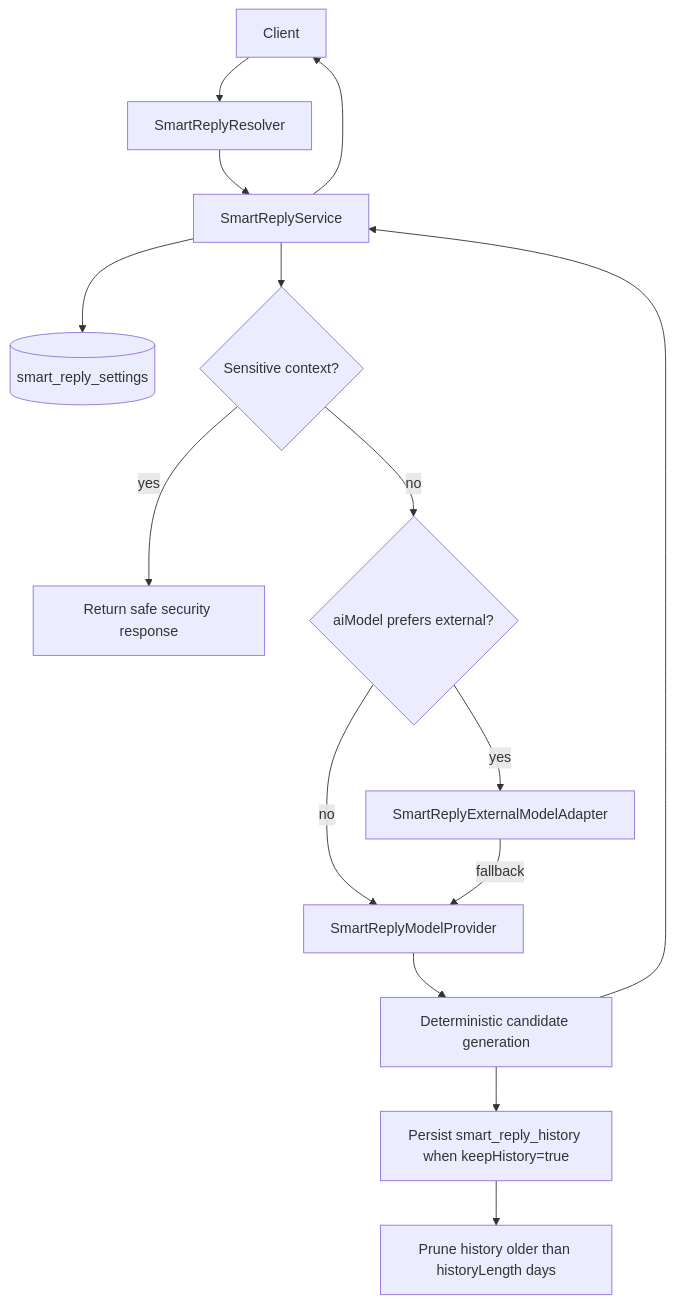
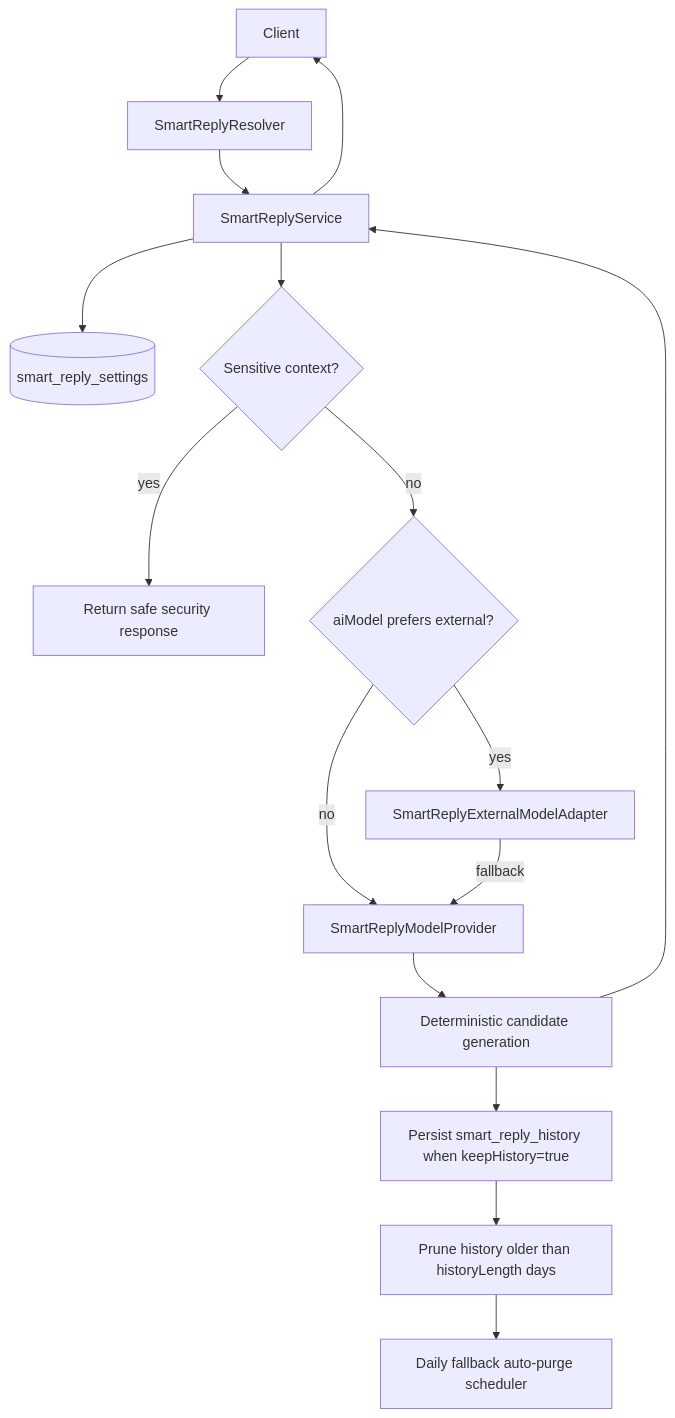
One commit to AmanVatsSharma/MailZen-Smart-Email-Management changed the diagram in apps/backend/src/smart-replies/README.md. Above: the diagram before and after it, drawn with Mermaid. The commit also changed other lines of this file and 7 other files, not shown here.

Commit message:
Add smart reply history auto-purge scheduler and CI coverage

````diff
--- a/apps/backend/src/smart-replies/README.md
+++ b/apps/backend/src/smart-replies/README.md
@@ -31,17 +31,18 @@
 ```mermaid
 flowchart TD
   Client --> Resolver[SmartReplyResolver]
   Resolver --> Service[SmartReplyService]
   Service --> Settings[(smart_reply_settings)]
   Service --> Safety{Sensitive context?}
   Safety -->|yes| SafeReply[Return safe security response]
   Safety -->|no| ModelRouter{aiModel prefers external?}
   ModelRouter -->|yes| ExternalAdapter[SmartReplyExternalModelAdapter]
   ModelRouter -->|no| ModelProvider[SmartReplyModelProvider]
   ExternalAdapter -->|fallback| ModelProvider
   ModelProvider --> DeterministicCandidates[Deterministic candidate generation]
   DeterministicCandidates --> History[Persist smart_reply_history when keepHistory=true]
   History --> Retention[Prune history older than historyLength days]
+  Retention --> Scheduler[Daily fallback auto-purge scheduler]
   DeterministicCandidates --> Service
   Service --> Client
 ```
````
